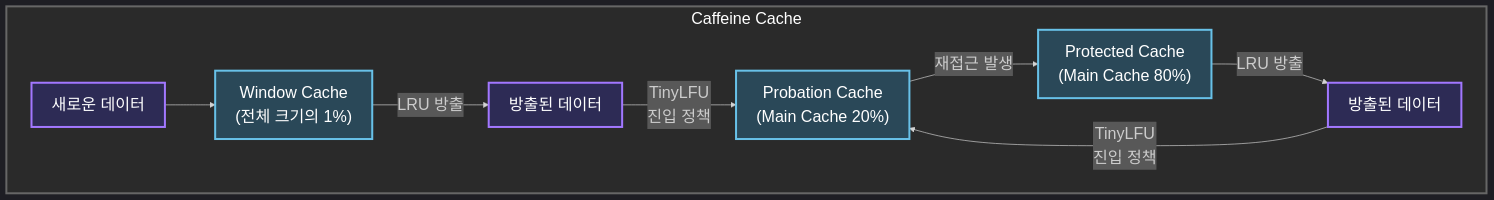
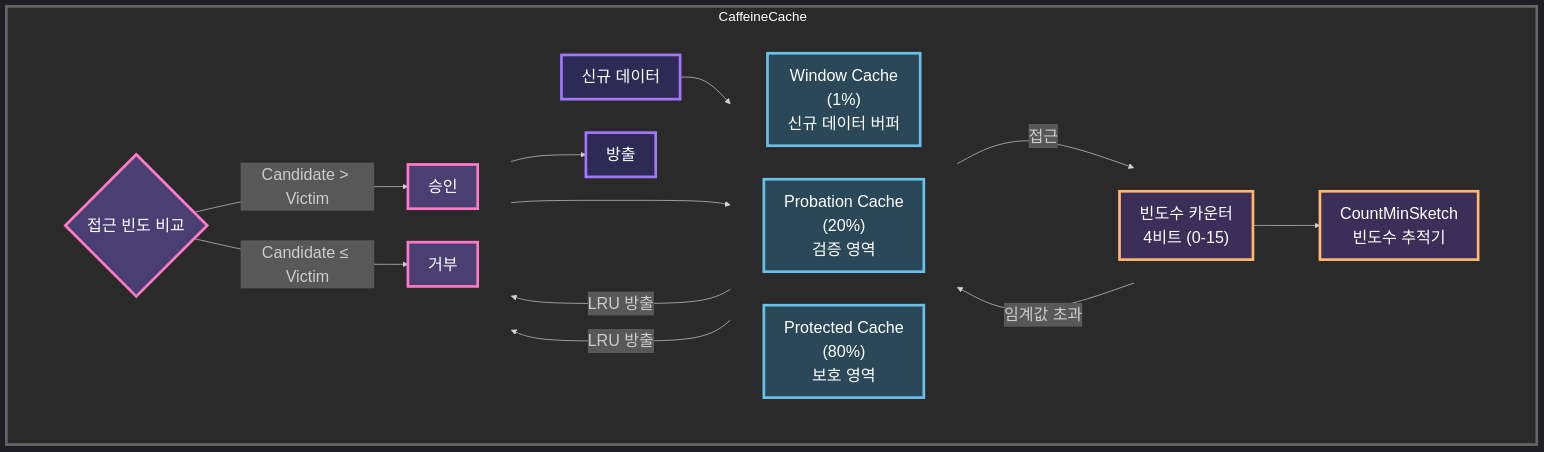
Before and after one commit to K-Diger/k-diger.github.io: the first of 2 diagrams in _posts/2023-09-21-CaffeineCache.md, drawn with Mermaid. The commit also changed other lines of this file and 2 other files, not shown here.

Commit message:
caffeine cache

````diff
--- a/_posts/2023-09-21-CaffeineCache.md
+++ b/_posts/2023-09-21-CaffeineCache.md
@@ -32,26 +218,52 @@
 ```mermaid
 %%{init: { 'theme':'dark', 'themeVariables': { 'fontSize': '24px', 'fontFamily': 'Arial' } }}%%
-graph LR
-   subgraph CaffeineStructure["Caffeine Cache"]
-       direction LR
-       NewData["새로운 데이터"]
-       WindowCache["Window Cache<br/>(전체 크기의 1%)"]
-       WE["방출된 데이터"]
-       ProbationCache["Probation Cache<br/>(Main Cache 20%)"]
-       ProtectedCache["Protected Cache<br/>(Main Cache 80%)"]
-       PE["방출된 데이터"]
+flowchart TD
+subgraph CaffeineCache
+NewData["신규 데이터"] --> Window
 
-       NewData --> WindowCache
-       WindowCache -- "LRU 방출" --> WE
-       WE -- "TinyLFU<br/>진입 정책" --> ProbationCache
-       ProbationCache -- "재접근 발생" --> ProtectedCache
-       ProtectedCache -- "LRU 방출" --> PE
-       PE -- "TinyLFU<br/>진입 정책" --> ProbationCache
-   end
+subgraph CacheArea[" "]
+direction LR
+Window["Window Cache<br/>(1%)<br/>신규 데이터 버퍼"]
+Probation["Probation Cache<br/>(20%)<br/>검증 영역"]
+Protected["Protected Cache<br/>(80%)<br/>보호 영역"]
+end
 
-   classDef cacheBox fill:#2a4858,stroke:#68c1e8,stroke-width:3px,color:#fff
-   classDef dataBox fill:#2d2b55,stroke:#a277ff,stroke-width:3px,color:#fff
-   class WindowCache,ProbationCache,ProtectedCache cacheBox
-   class NewData,WE,PE dataBox
-   style CaffeineStructure fill:#2a2a2a,stroke:#666,stroke-width:3px,color:#fff
+subgraph TrackingArea[" "]
+direction LR
+Counter["빈도수 카운터<br/>4비트 (0-15)"]
+CMS["CountMinSketch<br/>빈도수 추적기"]
+end
+
+subgraph PolicyArea[" "]
+direction LR
+Compare{"접근 빈도 비교"}
+Accept["승인"]
+Reject["거부"]
+end
+
+Window -- "LRU 방출" ---> Compare
+Protected -- "LRU 방출" ---> Compare
+
+Probation -- "접근" --> Counter
+Counter --> CMS
+CMS -- "임계값 초과" --> Protected
+
+Compare -- "Candidate > Victim" --> Accept
+Compare -- "Candidate ≤ Victim" --> Reject
+Accept --> Probation
+Reject --> Evict["방출"]
+end
+
+classDef cacheBox fill:#2a4858,stroke:#68c1e8,stroke-width:4px,color:#fff,font-size:24px
+classDef dataBox fill:#2d2b55,stroke:#a277ff,stroke-width:4px,color:#fff,font-size:24px
+classDef trackBox fill:#3b2e58,stroke:#ffb86c,stroke-width:4px,color:#fff,font-size:24px
+classDef policyBox fill:#4a3f73,stroke:#ff79c6,stroke-width:4px,color:#fff,font-size:24px
+classDef empty fill:none,stroke:none
+
+class Window,Probation,Protected cacheBox
+class NewData,Evict dataBox
+class Counter,CMS trackBox
+class Compare,Accept,Reject policyBox
+class CacheArea,TrackingArea,PolicyArea empty
+style CaffeineCache fill:#2a2a2a,stroke:#666,stroke-width:4px,color:#fff,font-size:20px
 ```
````
